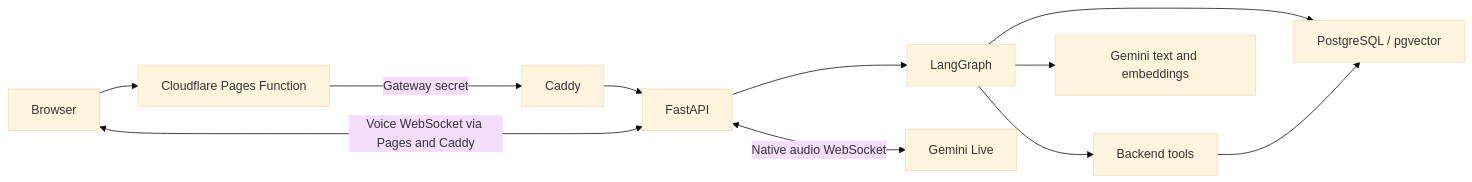
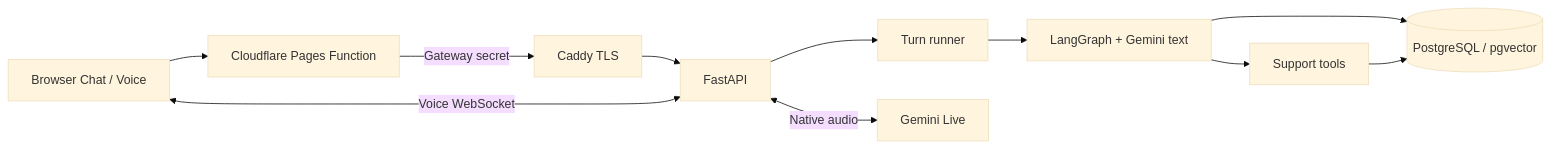
Before and after one commit to saitejareddi3636/loop-support: the diagram in README.md, drawn with Mermaid (base theme). The commit also changed other lines of this file and 38 other files, not shown here.

````diff
--- a/README.md
+++ b/README.md
@@ -23,13 +49,13 @@
 ```mermaid
 flowchart LR
-    B[Browser] --> P[Cloudflare Pages Function]
-    P -->|Gateway secret| C[Caddy]
+    B[Browser Chat / Voice] --> P[Cloudflare Pages Function]
+    P -->|Gateway secret| C[Caddy TLS]
     C --> A[FastAPI]
-    A --> L[LangGraph]
-    L --> T[Backend tools]
-    L --> V[PostgreSQL / pgvector]
-    L --> G[Gemini text and embeddings]
+    A --> R[Turn runner]
+    R --> L[LangGraph + Gemini text]
+    L --> T[Support tools]
+    L --> V[(PostgreSQL / pgvector)]
     T --> V
-    B <-->|Voice WebSocket via Pages and Caddy| A
-    A <-->|Native audio WebSocket| GL[Gemini Live]
+    B <-->|Voice WebSocket| A
+    A <-->|Native audio| GL[Gemini Live]
 ```
````
